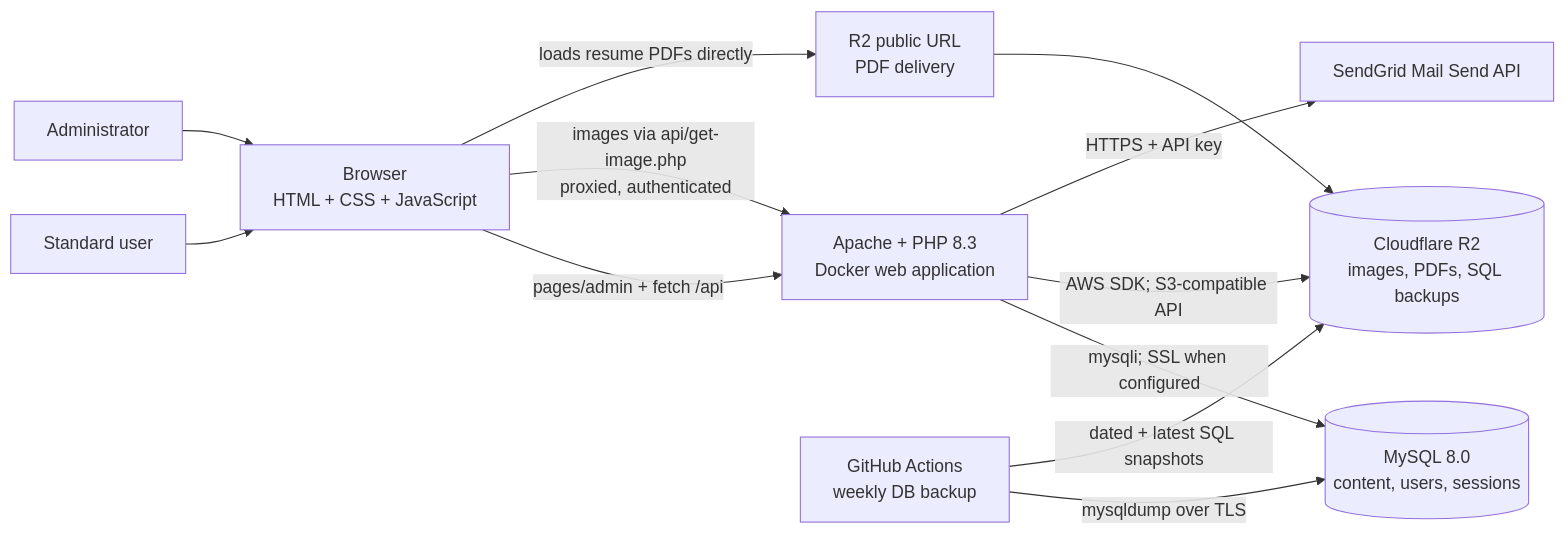
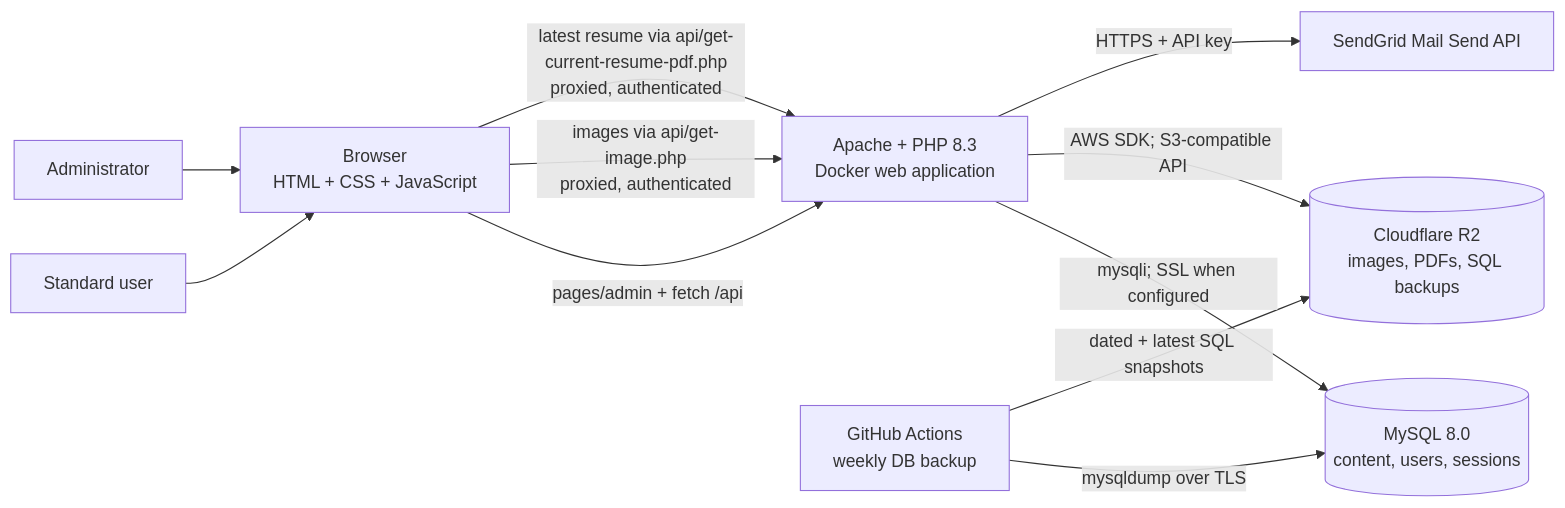
The first of 7 diagrams in SYSTEM_ARCHITECTURE.md (IntianDayor/login-dashboard-project), drawn with Mermaid before and after one commit. The commit also changed other lines of this file and 1 other file, not shown here.

````diff
--- a/SYSTEM_ARCHITECTURE.md
+++ b/SYSTEM_ARCHITECTURE.md
@@ -9,24 +9,22 @@
 ```mermaid
 flowchart LR
     Visitor["Standard user"]
     Admin["Administrator"]
     Browser["Browser\nHTML + CSS + JavaScript"]
     Web["Apache + PHP 8.3\nDocker web application"]
     DB[("MySQL 8.0\ncontent, users, sessions")]
     R2[("Cloudflare R2\nimages, PDFs, SQL backups")]
     SendGrid["SendGrid Mail Send API"]
-    CDN["R2 public URL\nPDF delivery"]
     GHA["GitHub Actions\nweekly DB backup"]
 
     Visitor --> Browser
     Admin --> Browser
     Browser -->|"pages/admin + fetch /api"| Web
     Web -->|"mysqli; SSL when configured"| DB
     Web -->|"AWS SDK; S3-compatible API"| R2
     Web -->|"HTTPS + API key"| SendGrid
     Browser -->|"images via api/get-image.php\nproxied, authenticated"| Web
-    Browser -->|"loads resume PDFs directly"| CDN
-    CDN --> R2
+    Browser -->|"latest resume via api/get-current-resume-pdf.php\nproxied, authenticated"| Web
     GHA -->|"mysqldump over TLS"| DB
     GHA -->|"dated + latest SQL snapshots"| R2
 ```
````
